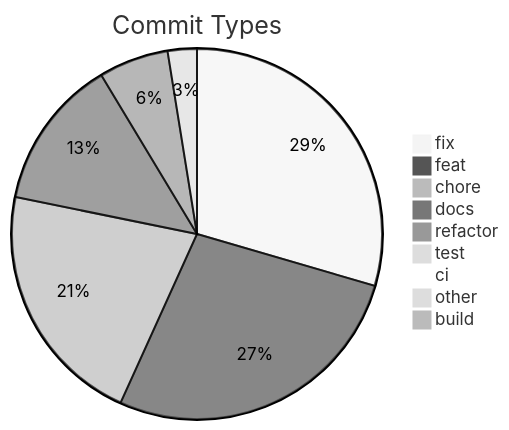
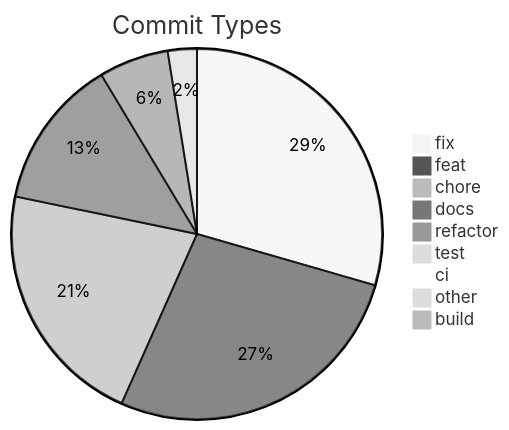
Before and after one commit to svenroth-ai/shipwright: the diagram in .shipwright/compliance/change-history.md, drawn with Mermaid (neutral theme). The commit also changed other lines of this file and 28 other files, not shown here.

````diff
--- a/.shipwright/compliance/change-history.md
+++ b/.shipwright/compliance/change-history.md
@@ -8,12 +8,12 @@
 ```mermaid
 pie title Commit Types
     "fix" : 325
     "feat" : 300
-    "chore" : 236
+    "chore" : 238
     "docs" : 145
     "refactor" : 67
     "test" : 28
     "ci" : 11
     "other" : 7
     "build" : 1
 ```
````
